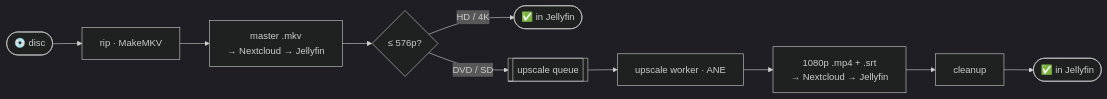
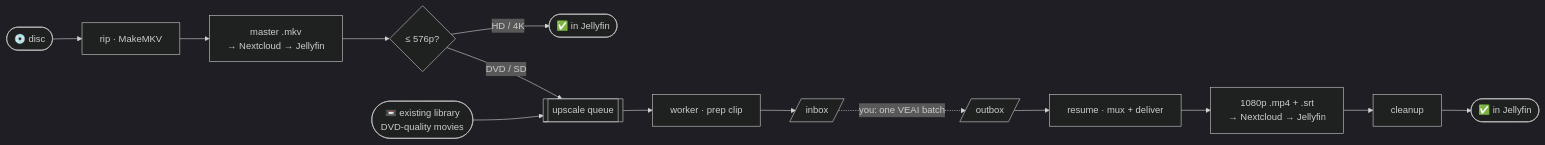
The diagram in README.md (seadogger/rip-movie), drawn with Mermaid (dark theme) before and after one commit. The commit also changed other lines of this file and 2 other files, not shown here.

````diff
--- a/README.md
+++ b/README.md
@@ -9,11 +9,15 @@
 ```mermaid
 flowchart LR
   disc([💿 disc]) --> rip[rip · MakeMKV]
   rip --> master[master .mkv<br/>→ Nextcloud → Jellyfin]
   master --> gate{≤ 576p?}
   gate -- "HD / 4K" --> done1([✅ in Jellyfin])
   gate -- "DVD / SD" --> queue[[upscale queue]]
-  queue --> worker[upscale worker · ANE]
-  worker --> rend[1080p .mp4 + .srt<br/>→ Nextcloud → Jellyfin]
+  lib([📼 existing library<br/>DVD-quality movies]) --> queue
+  queue --> worker[worker · prep clip]
+  worker --> inbox[/inbox/]
+  inbox -. "you: one VEAI batch" .-> outbox[/outbox/]
+  outbox --> resume[resume · mux + deliver]
+  resume --> rend[1080p .mp4 + .srt<br/>→ Nextcloud → Jellyfin]
   rend --> clean[cleanup] --> done2([✅ in Jellyfin])
 ```
````
